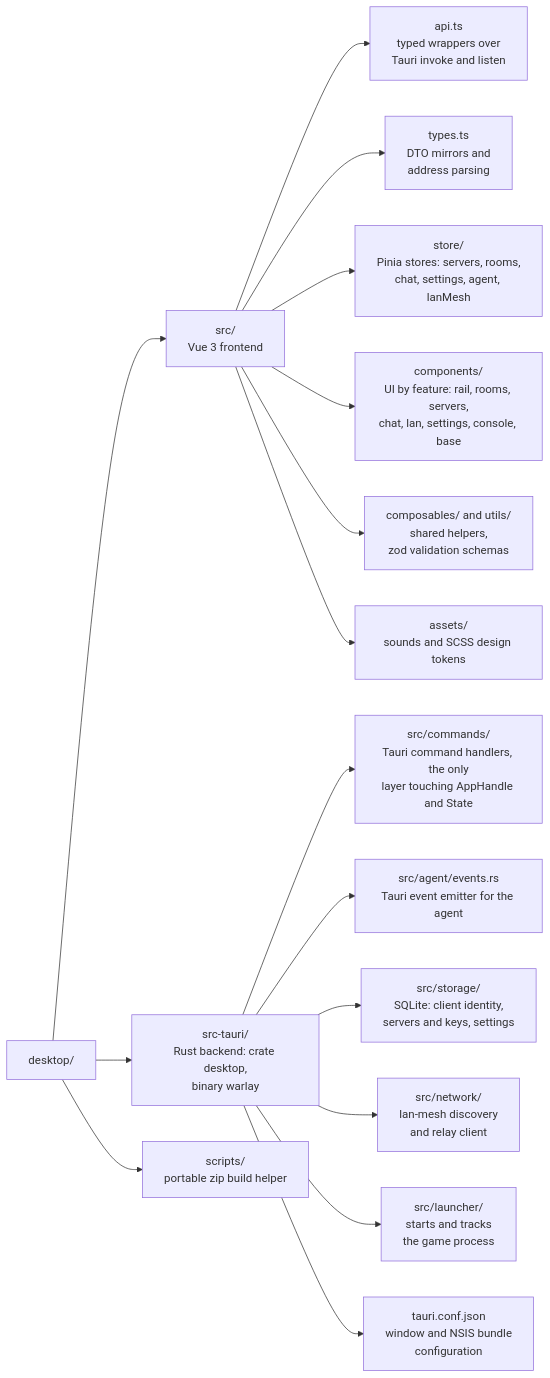
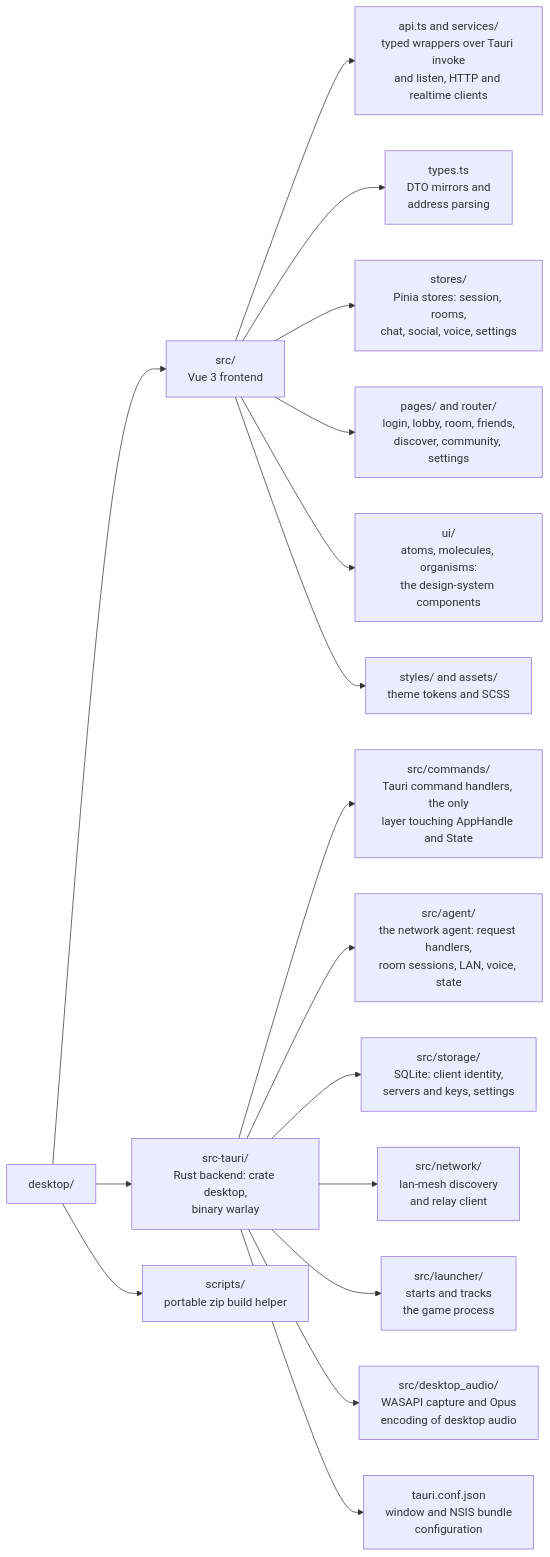
One commit to jhonsferg/warlay changed the diagram in desktop/README.md. Above: the diagram before and after it, drawn with Mermaid. The commit also changed other lines of this file, not shown here.

````diff
--- a/desktop/README.md
+++ b/desktop/README.md
@@ -40,22 +40,23 @@
 ```mermaid
 flowchart LR
     root["desktop/"]
 
     root --> frontend["src/<br/>Vue 3 frontend"]
-    frontend --> api["api.ts<br/>typed wrappers over<br/>Tauri invoke and listen"]
+    frontend --> api["api.ts and services/<br/>typed wrappers over Tauri invoke<br/>and listen, HTTP and realtime clients"]
     frontend --> types["types.ts<br/>DTO mirrors and<br/>address parsing"]
-    frontend --> store["store/<br/>Pinia stores: servers, rooms,<br/>chat, settings, agent, lanMesh"]
-    frontend --> components["components/<br/>UI by feature: rail, rooms, servers,<br/>chat, lan, settings, console, base"]
-    frontend --> helpers["composables/ and utils/<br/>shared helpers,<br/>zod validation schemas"]
-    frontend --> assets["assets/<br/>sounds and SCSS design tokens"]
+    frontend --> store["stores/<br/>Pinia stores: session, rooms,<br/>chat, social, voice, settings"]
+    frontend --> pages["pages/ and router/<br/>login, lobby, room, friends,<br/>discover, community, settings"]
+    frontend --> ui["ui/<br/>atoms, molecules, organisms:<br/>the design-system components"]
+    frontend --> styles["styles/ and assets/<br/>theme tokens and SCSS"]
 
     root --> backend["src-tauri/<br/>Rust backend: crate desktop,<br/>binary warlay"]
     backend --> commands["src/commands/<br/>Tauri command handlers, the only<br/>layer touching AppHandle and State"]
-    backend --> ipc["src/agent/events.rs<br/>Tauri event emitter for the agent"]
+    backend --> agent["src/agent/<br/>the network agent: request handlers,<br/>room sessions, LAN, voice, state"]
     backend --> clientStorage["src/storage/<br/>SQLite: client identity,<br/>servers and keys, settings"]
     backend --> network["src/network/<br/>lan-mesh discovery<br/>and relay client"]
     backend --> launcher["src/launcher/<br/>starts and tracks<br/>the game process"]
+    backend --> audio["src/desktop_audio/<br/>WASAPI capture and Opus<br/>encoding of desktop audio"]
     backend --> tauriConf["tauri.conf.json<br/>window and NSIS bundle<br/>configuration"]
 
     root --> scripts["scripts/<br/>portable zip build helper"]
 ```
````
